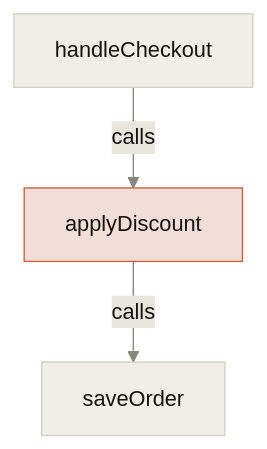
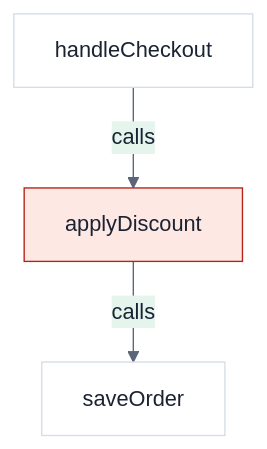
The third of 3 diagrams in skills/codexqa-code-wiki/references/diagrams.md (openqa-cn/codexqa), drawn with Mermaid before and after one commit. The commit also changed other lines of this file and 35 other files, not shown here.

````diff
--- a/skills/codexqa-code-wiki/references/diagrams.md
+++ b/skills/codexqa-code-wiki/references/diagrams.md
@@ -99,13 +99,13 @@
 ```mermaid
-%%{init: {'theme':'base','themeVariables':{'background':'#FAF9F5','primaryColor':'#F0EEE6','primaryTextColor':'#141413','primaryBorderColor':'#D1CFC5','lineColor':'#87867F','secondaryColor':'#E8E6DC','tertiaryColor':'#FAF9F5','clusterBkg':'#F0EEE6','clusterBorder':'#D1CFC5','fontFamily':'Georgia,serif'}}}%%
+%%{init: {'theme':'base','themeVariables':{'background':'#f0f3f6','primaryColor':'#ffffff','primaryTextColor':'#1a2332','primaryBorderColor':'#d5dde8','lineColor':'#5a6578','secondaryColor':'#e6f4ee','tertiaryColor':'#f0f3f6','clusterBkg':'#f8fafc','clusterBorder':'#d5dde8','fontFamily':'Segoe UI,PingFang SC,sans-serif'}}}%%
 flowchart TB
   Entry["handleCheckout"]
   Price["applyDiscount"]
   Store["saveOrder"]
   Entry -->|calls| Price
   Price -->|calls| Store
-  classDef add fill:#E4EDD8,stroke:#788C5D,color:#141413
-  classDef change fill:#F6E4D8,stroke:#D97757,color:#141413
-  classDef risk fill:#F3DDD8,stroke:#C6613F,color:#141413
+classDef add fill:#e6f4ee,stroke:#0f6b4c,color:#1a2332
+classDef change fill:#ffedd5,stroke:#c2410c,color:#1a2332
+classDef risk fill:#fde8e4,stroke:#b42318,color:#1a2332
   class Price risk
 ```
````
